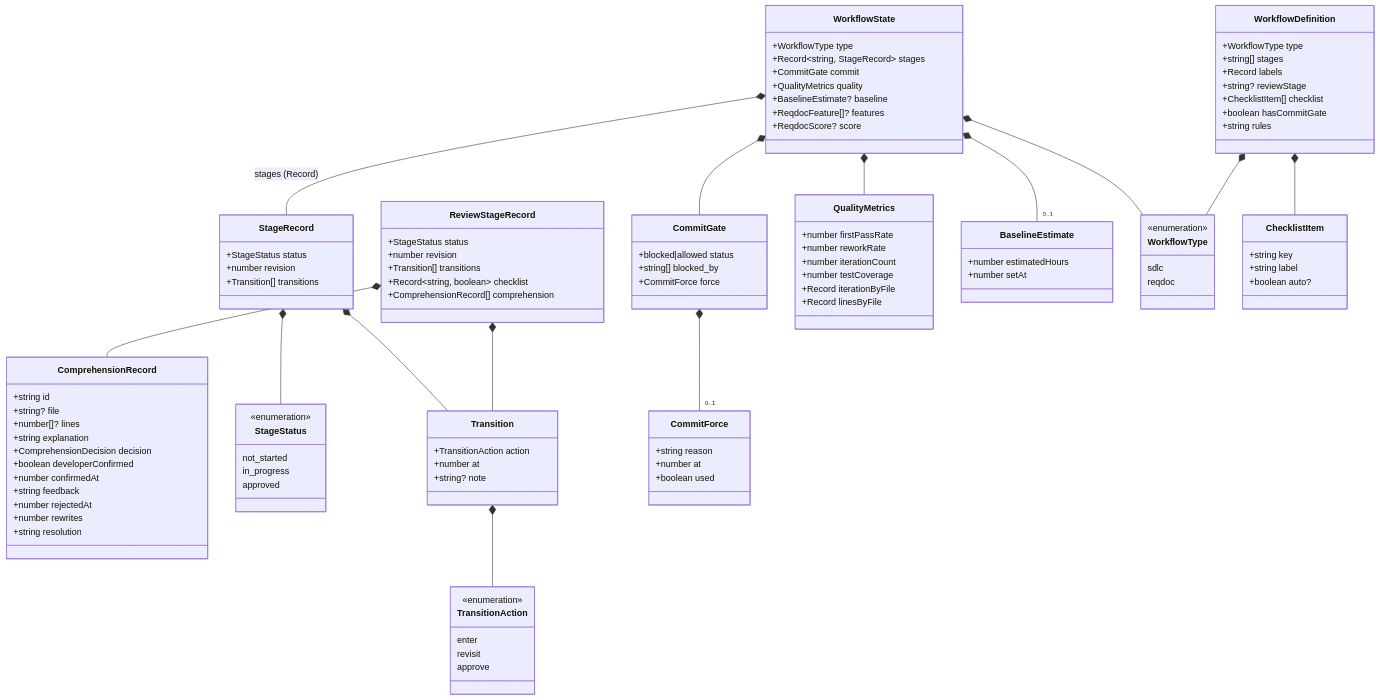
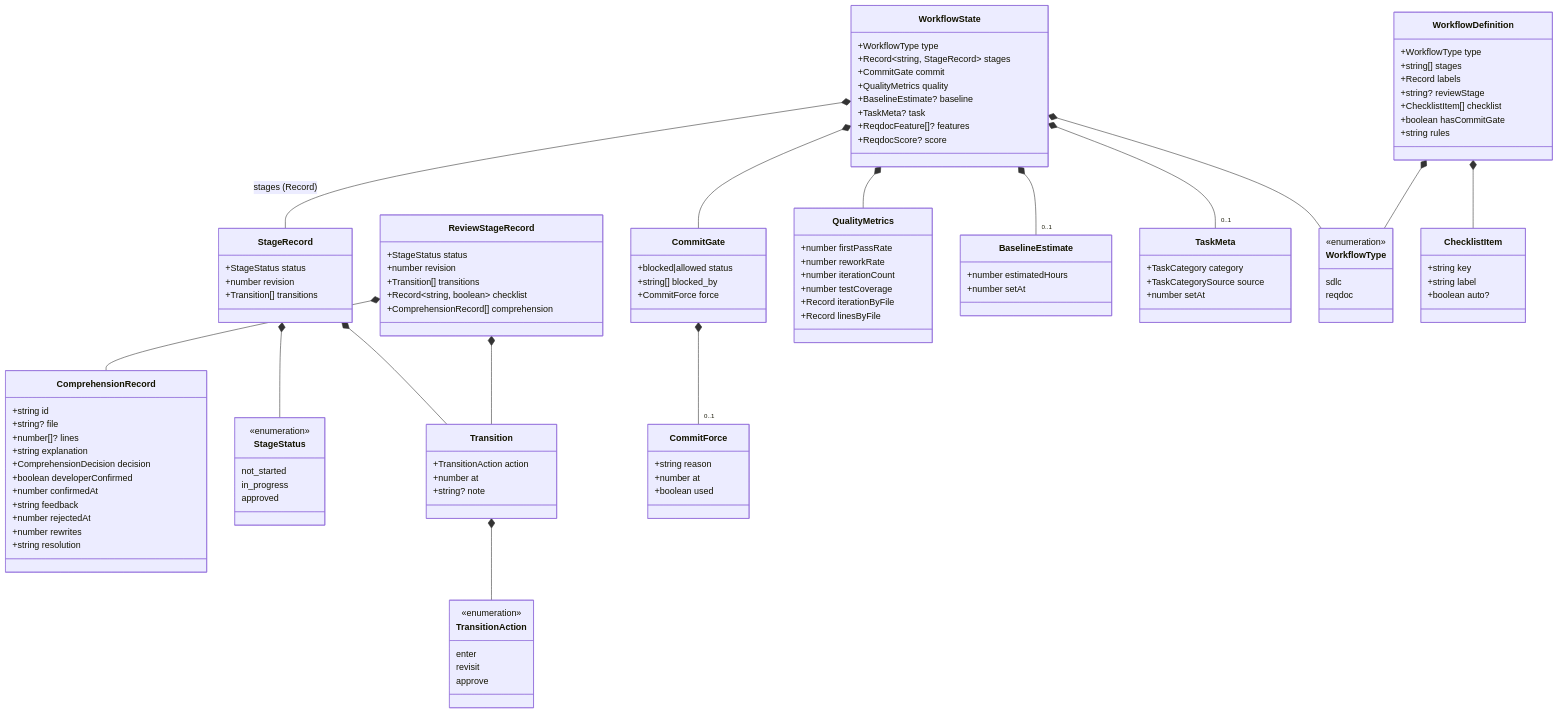
The sixth of 23 diagrams in opencode-session-mgmt/docs/session-management.md (wonglaitung/opencode), drawn with Mermaid before and after one commit. The commit also changed other lines of this file and 23 other files, not shown here.

```diff
--- a/opencode-session-mgmt/docs/session-management.md
+++ b/opencode-session-mgmt/docs/session-management.md
@@ -367,6 +367,7 @@
         +CommitGate commit
         +QualityMetrics quality
         +BaselineEstimate? baseline
+        +TaskMeta? task
         +ReqdocFeature[]? features
         +ReqdocScore? score
     }
@@ -445,6 +446,12 @@
         +number setAt
     }
 
+    class TaskMeta {
+        +TaskCategory category
+        +TaskCategorySource source
+        +number setAt
+    }
+
     class WorkflowDefinition {
         +WorkflowType type
         +string[] stages
@@ -473,6 +480,7 @@
     CommitGate *-- "0..1" CommitForce
     WorkflowState *-- QualityMetrics
     WorkflowState *-- "0..1" BaselineEstimate
+    WorkflowState *-- "0..1" TaskMeta
     ReviewStageRecord *-- ComprehensionRecord
     StageRecord *-- StageStatus
     StageRecord *-- Transition
```
